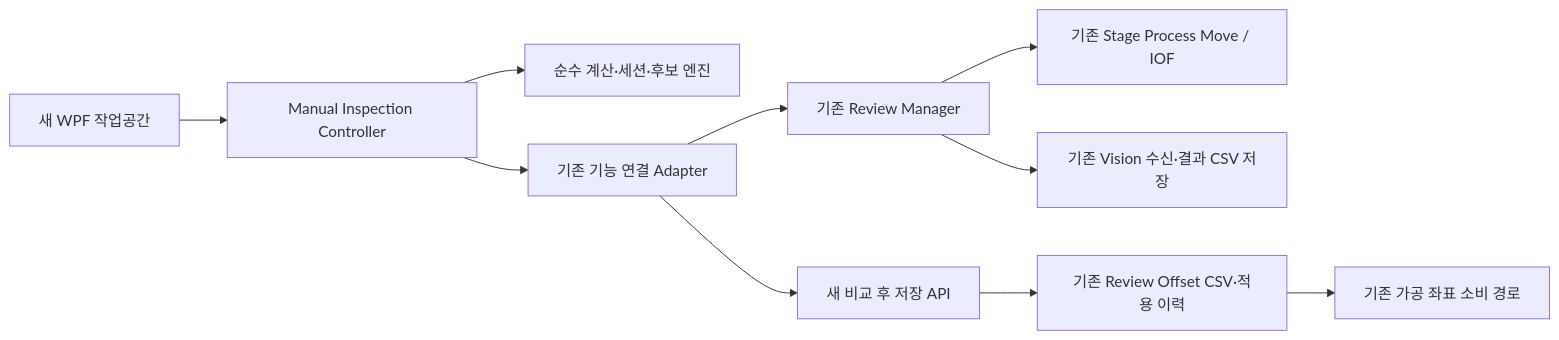
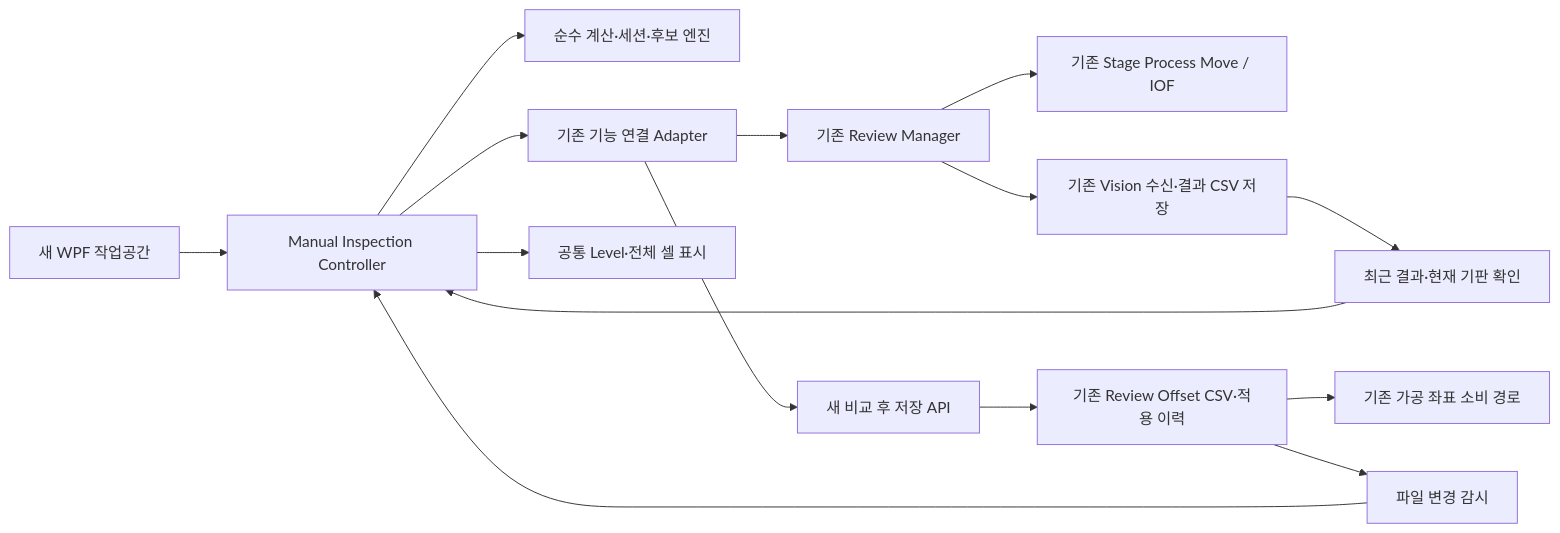
One commit to kjuws10-rgb/A3Drilling changed the diagram in docs/ManualInspection/README.md. Above: the diagram before and after it, drawn with Mermaid. The commit also changed other lines of this file and 31 other files, not shown here.

````diff
--- a/docs/ManualInspection/README.md
+++ b/docs/ManualInspection/README.md
@@ -34,12 +56,17 @@
 ```mermaid
 flowchart LR
     UI[새 WPF 작업공간] --> C[Manual Inspection Controller]
     C --> E[순수 계산·세션·후보 엔진]
     C --> B[기존 기능 연결 Adapter]
     B --> R[기존 Review Manager]
     R --> S[기존 Stage Process Move / IOF]
     R --> V[기존 Vision 수신·결과 CSV 저장]
     B --> W[새 비교 후 저장 API]
     W --> F[기존 Review Offset CSV·적용 이력]
     F --> P[기존 가공 좌표 소비 경로]
+    V --> O[최근 결과·현재 기판 확인]
+    O --> C
+    F --> M[파일 변경 감시]
+    M --> C
+    C --> L[공통 Level·전체 셀 표시]
 ```
````
